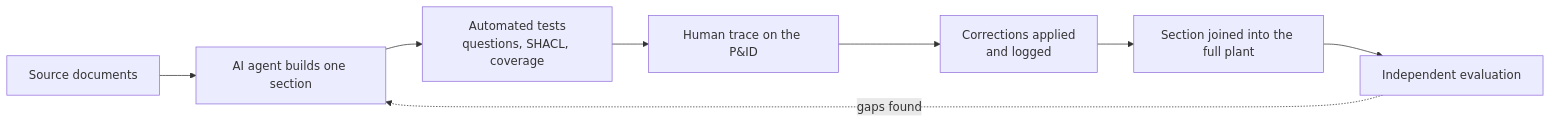
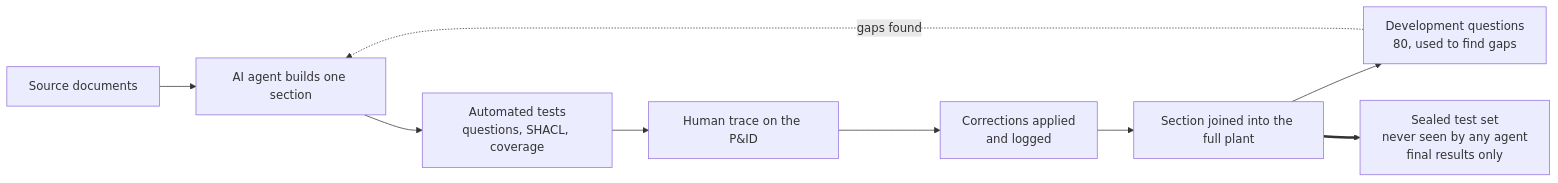
Before and after one commit to AISL-at-Imperial-College-London/ccpp_kg: the diagram in README.md, drawn with Mermaid. The commit also changed other lines of this file, not shown here.

Commit message:
README: role of AI, development vs sealed test set, quality measures, blind grading (Javal's feedback)

````diff
--- a/README.md
+++ b/README.md
@@ -111,10 +142,11 @@
 ```mermaid
 flowchart LR
     D[Source documents] --> B[AI agent builds one section]
     B --> T[Automated tests<br/>questions, SHACL, coverage]
     T --> H[Human trace on the P&ID]
     H --> C[Corrections applied<br/>and logged]
     C --> J[Section joined into the full plant]
-    J --> E[Independent evaluation]
-    E -.gaps found.-> B
+    J --> V[Development questions<br/>80, used to find gaps]
+    V -.gaps found.-> B
+    J ==> S[Sealed test set<br/>never seen by any agent<br/>final results only]
 ```
````
